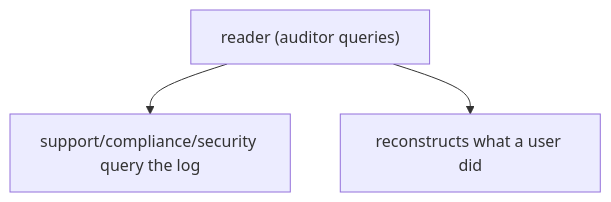
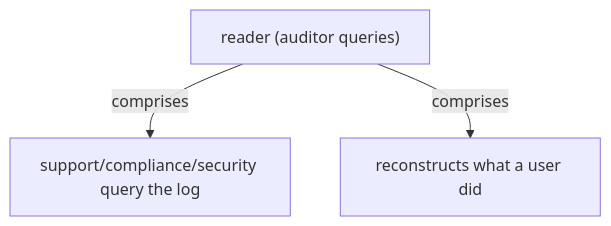
Before and after one commit to vinayakuber/microservices-io-study-guide: the seventh of 13 diagrams in docs/ch32-audit-logging.md, drawn with Mermaid. The commit also changed other lines of this file and 71 other files, not shown here.

First line of the commit message:
R18: label every diagram arrow with its meaning

````diff
--- a/docs/ch32-audit-logging.md
+++ b/docs/ch32-audit-logging.md
@@ -204,6 +204,6 @@
 ```mermaid
 flowchart TD
   R["reader (auditor queries)"]
-  R --> P0["support/compliance/security query the log"]
-  R --> P1["reconstructs what a user did"]
+  R -->|"comprises"| P0["support/compliance/security query the log"]
+  R -->|"comprises"| P1["reconstructs what a user did"]
 ```
````
